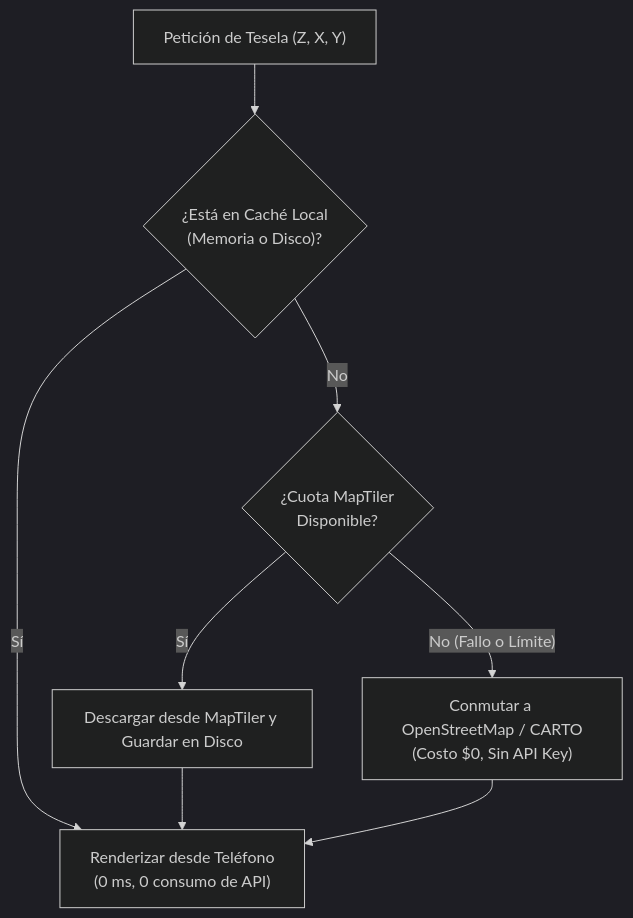
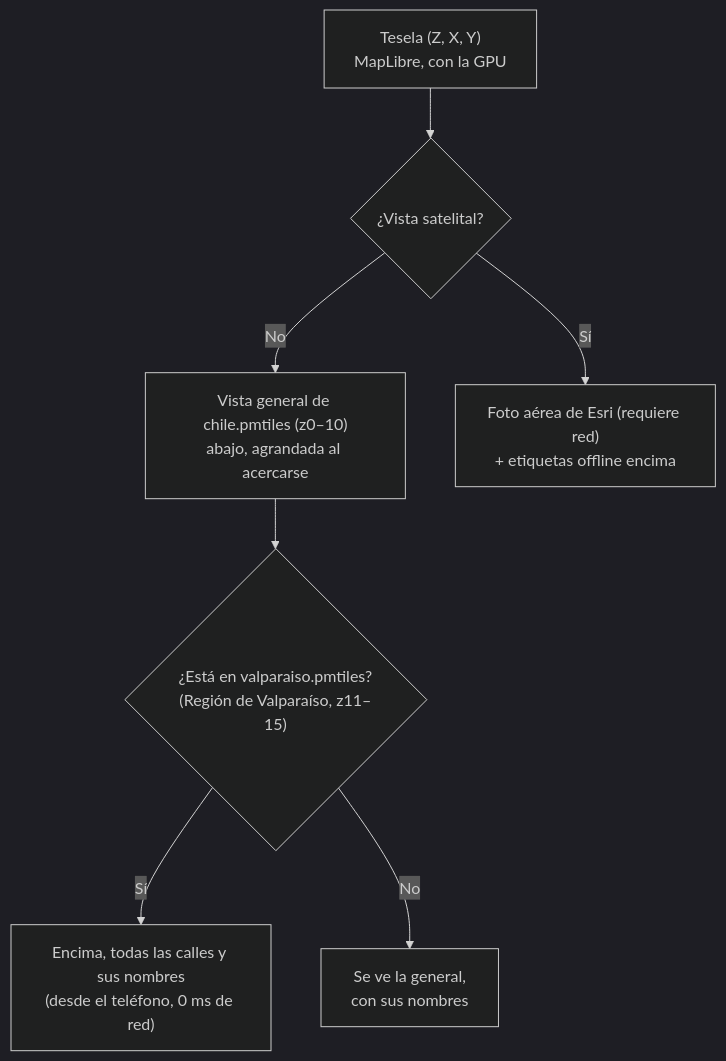
One commit to Tomas-pucv/Coletotal changed the third of 4 diagrams in docs/PLAN_DE_PRUEBAS_Y_ESTRES_DETALLADO.md. Above: the diagram before and after it, drawn with Mermaid (dark theme). The commit also changed other lines of this file and 117 other files, not shown here.

First line of the commit message:
Mapa offline con MapLibre, ruteo Valhalla en el teléfono y paleta negro y amarillo

````diff
--- a/docs/PLAN_DE_PRUEBAS_Y_ESTRES_DETALLADO.md
+++ b/docs/PLAN_DE_PRUEBAS_Y_ESTRES_DETALLADO.md
@@ -117,10 +115,9 @@
 ```mermaid
 flowchart TD
-    Req["Petición de Tesela (Z, X, Y)"] --> CacheCheck{"¿Está en Caché Local\n(Memoria o Disco)?"}
-    CacheCheck -- "Sí" --> RenderLocal["Renderizar desde Teléfono\n(0 ms, 0 consumo de API)"]
-    CacheCheck -- "No" --> NetCheck{"¿Cuota MapTiler\nDisponible?"}
-    NetCheck -- "Sí" --> DownloadMaptiler["Descargar desde MapTiler y Guardar en Disco"]
-    NetCheck -- "No (Fallo o Límite)" --> FallbackOSM["Conmutar a OpenStreetMap / CARTO\n(Costo $0, Sin API Key)"]
-    DownloadMaptiler --> RenderLocal
-    FallbackOSM --> RenderLocal
+    Req["Tesela (Z, X, Y)\nMapLibre, con la GPU"] --> Estilo{"¿Vista satelital?"}
+    Estilo -- "No" --> General["Vista general de chile.pmtiles (z0–10)\nabajo, agrandada al acercarse"]
+    General --> Detalle{"¿Está en valparaiso.pmtiles?\n(Región de Valparaíso, z11–15)"}
+    Detalle -- "Sí" --> Calles["Encima, todas las calles y sus nombres\n(desde el teléfono, 0 ms de red)"]
+    Detalle -- "No" --> Queda["Se ve la general,\ncon sus nombres"]
+    Estilo -- "Sí" --> Esri["Foto aérea de Esri (requiere red)\n+ etiquetas offline encima"]
 ```
````
